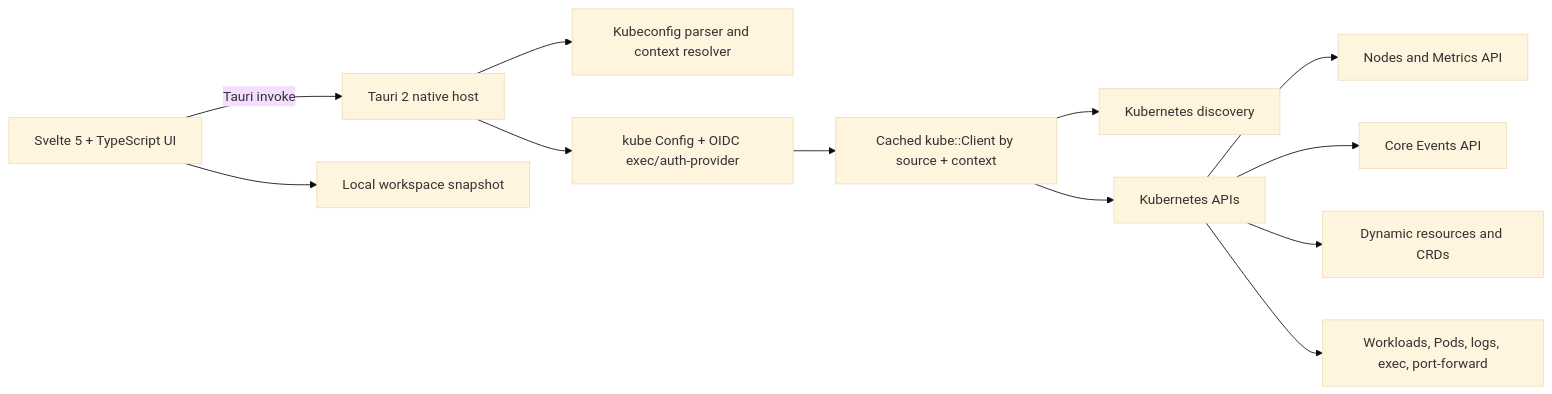
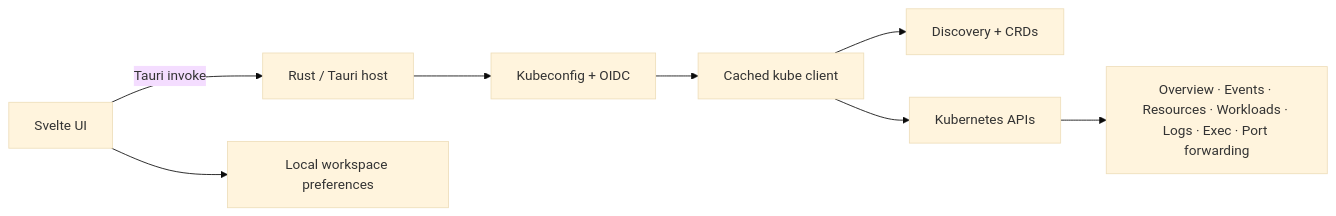
The diagram in README.md (onlysvijay-collab/Kuberniva), drawn with Mermaid (base theme) before and after one commit. The commit also changed other lines of this file, not shown here.

Commit message:
Polish README for quick project overview

````diff
--- a/README.md
+++ b/README.md
@@ -126,14 +44,10 @@
-~~~mermaid
+```mermaid
 flowchart LR
-    UI["Svelte 5 + TypeScript UI"] -->|Tauri invoke| HOST["Tauri 2 native host"]
-    HOST --> KC["Kubeconfig parser and context resolver"]
-    HOST --> AUTH["kube Config + OIDC exec/auth-provider"]
-    AUTH --> CLIENT["Cached kube::Client by source + context"]
-    CLIENT --> DISC["Kubernetes discovery"]
+    UI["Svelte UI"] -->|Tauri invoke| HOST["Rust / Tauri host"]
+    HOST --> CONFIG["Kubeconfig + OIDC"]
+    CONFIG --> CLIENT["Cached kube client"]
+    CLIENT --> DISCOVERY["Discovery + CRDs"]
     CLIENT --> API["Kubernetes APIs"]
-    API --> OVERVIEW["Nodes and Metrics API"]
-    API --> EVENTS["Core Events API"]
-    API --> RES["Dynamic resources and CRDs"]
-    API --> WORK["Workloads, Pods, logs, exec, port-forward"]
-    UI --> STORE["Local workspace snapshot"]
-~~~
+    API --> FEATURES["Overview · Events · Resources · Workloads · Logs · Exec · Port forwarding"]
+    UI --> PREFS["Local workspace preferences"]
+```
````
